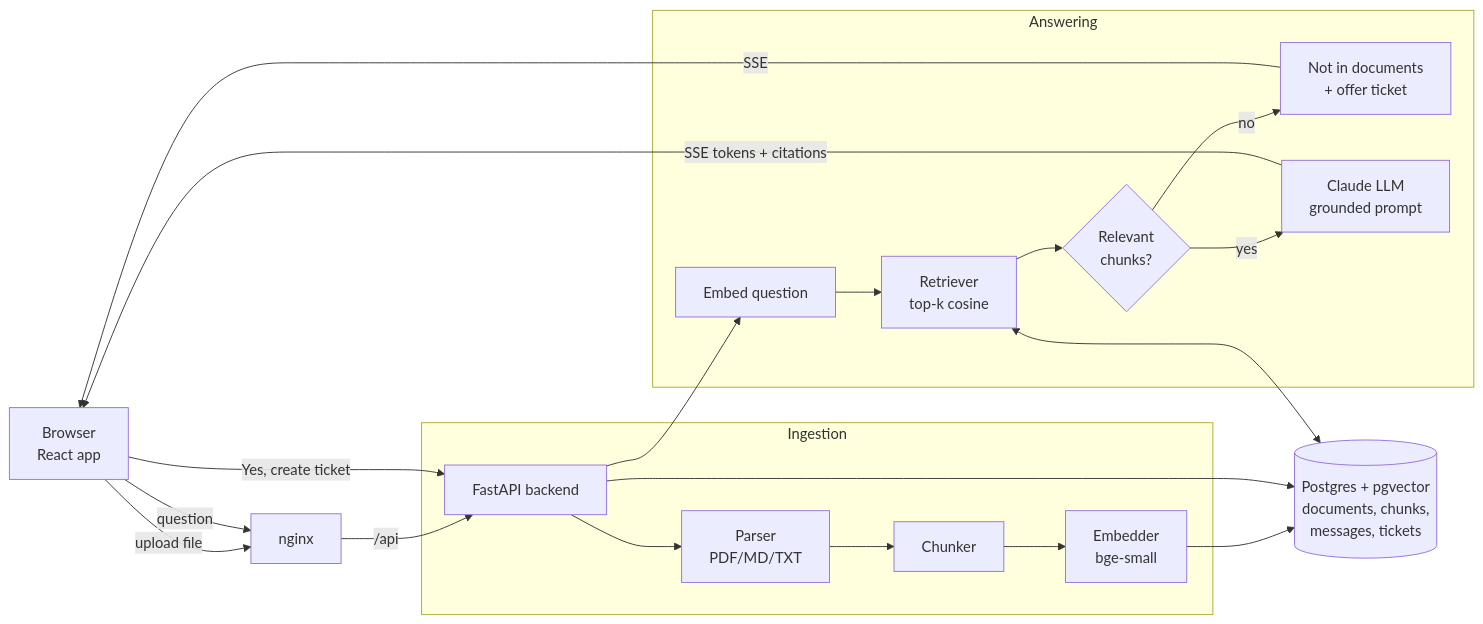
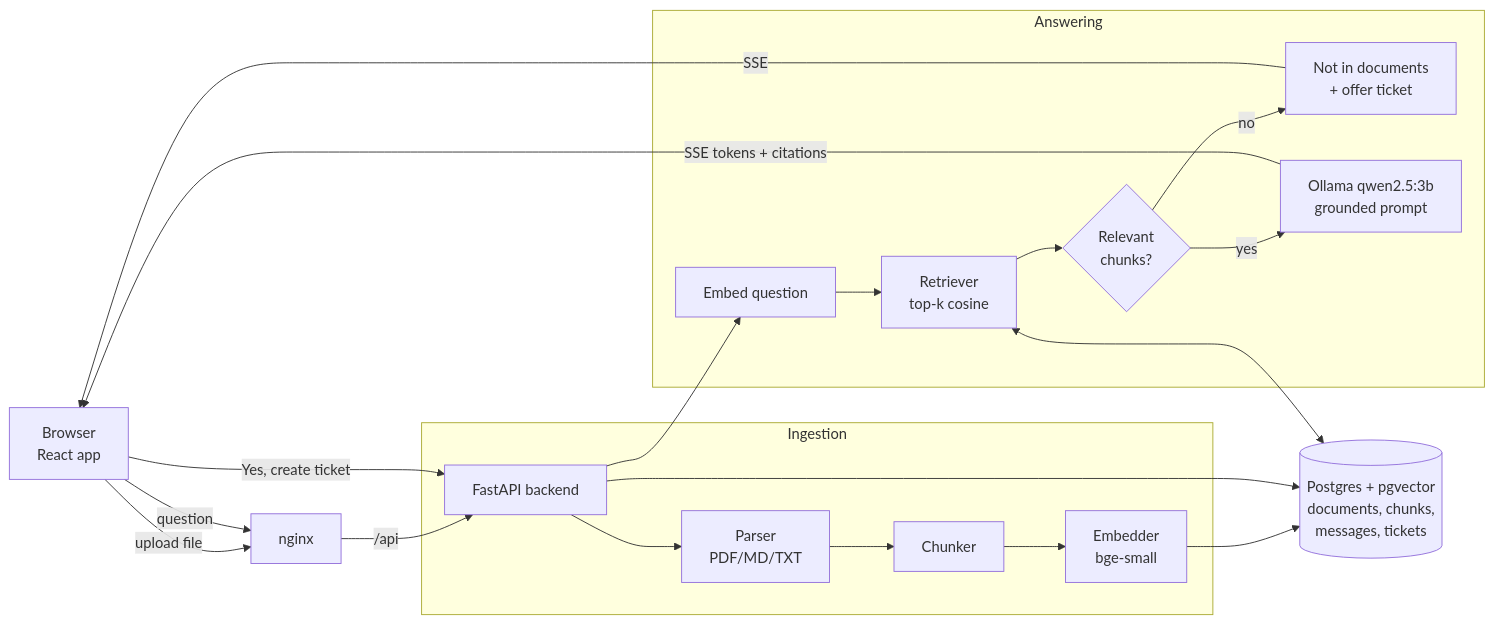
Before and after one commit to waqasali44290-beep/ask-onboarding: the diagram in ARCHITECTURE.md, drawn with Mermaid. The commit also changed other lines of this file and 7 other files, not shown here.

First line of the commit message:
switch LLM to local Ollama with qwen2.5:3b

````diff
--- a/ARCHITECTURE.md
+++ b/ARCHITECTURE.md
@@ -7,21 +7,21 @@
 ```mermaid
 flowchart LR
     U[Browser<br/>React app] -->|upload file| N[nginx]
     U -->|question| N
     N -->|/api| API[FastAPI backend]
 
     subgraph Ingestion
         API --> P[Parser<br/>PDF/MD/TXT] --> C[Chunker] --> E1[Embedder<br/>bge-small]
     end
     E1 --> DB[(Postgres + pgvector<br/>documents, chunks,<br/>messages, tickets)]
 
     subgraph Answering
         API --> E2[Embed question] --> R[Retriever<br/>top-k cosine] --> D{Relevant<br/>chunks?}
         D -- no --> NA[Not in documents<br/>+ offer ticket]
-        D -- yes --> L[Claude LLM<br/>grounded prompt]
+        D -- yes --> L[Ollama qwen2.5:3b<br/>grounded prompt]
     end
     R <--> DB
     L -->|SSE tokens + citations| U
     NA -->|SSE| U
     U -->|Yes, create ticket| API --> DB
 ```
````
